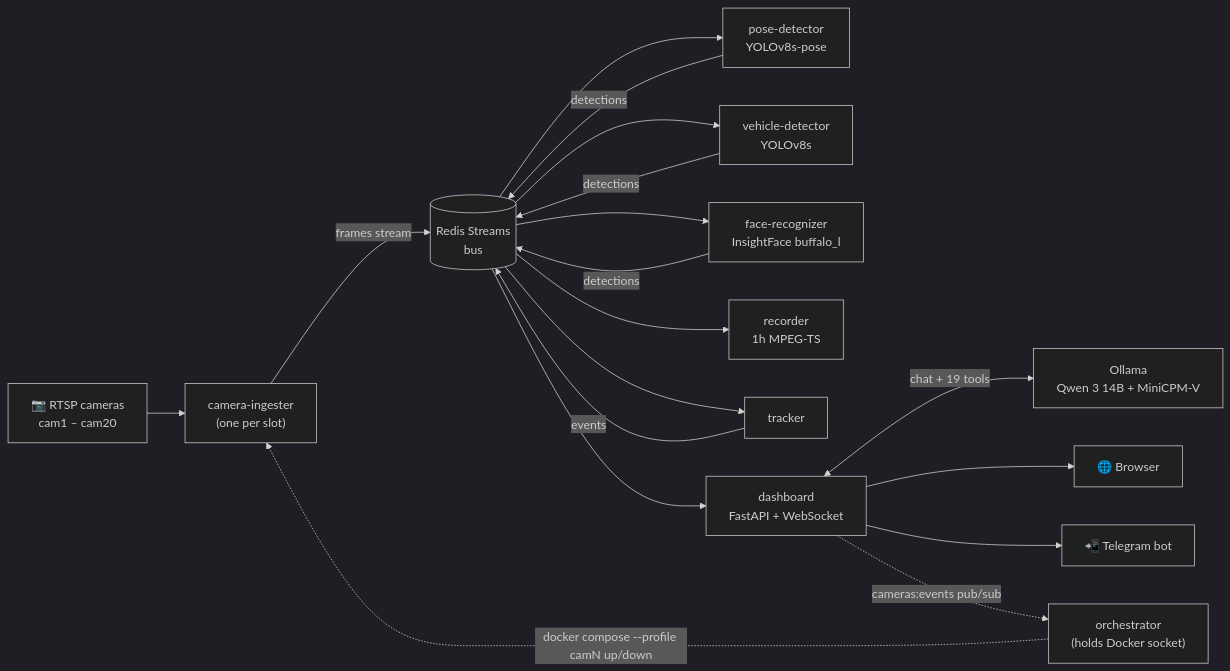
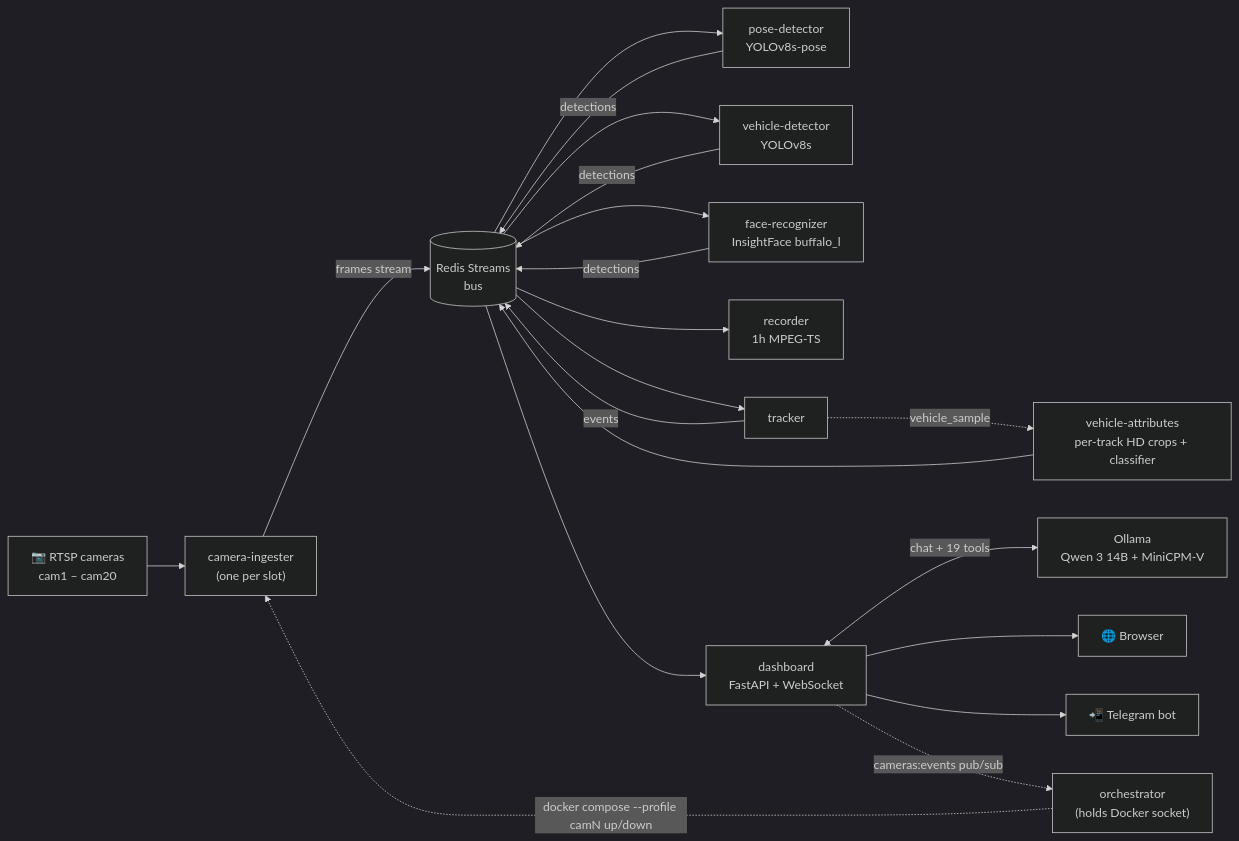
One commit to gammahazard/vision-labs-v2 changed the diagram in README.md. Above: the diagram before and after it, drawn with Mermaid (dark theme). The commit also changed other lines of this file and 3 other files, not shown here.

````diff
--- a/README.md
+++ b/README.md
@@ -79,20 +80,22 @@
 ```mermaid
 flowchart LR
     Cam["📷 RTSP cameras<br/>cam1 – cam20"] --> Ing["camera-ingester<br/>(one per slot)"]
     Ing -->|frames stream| R[(Redis Streams<br/>bus)]
     R --> Pose["pose-detector<br/>YOLOv8s-pose"]
     R --> Veh["vehicle-detector<br/>YOLOv8s"]
     R --> Face["face-recognizer<br/>InsightFace buffalo_l"]
     R --> Rec["recorder<br/>1h MPEG-TS"]
     Pose & Veh & Face -->|detections| R
     R --> Track[tracker]
     Track -->|events| R
+    Track -.vehicle_sample.-> VA["vehicle-attributes<br/>per-track HD crops + classifier"]
+    VA --> R
 
     R --> Dash["dashboard<br/>FastAPI + WebSocket"]
     Dash <-->|chat + 19 tools| Oll["Ollama<br/>Qwen 3 14B + MiniCPM-V"]
     Dash --> Web["🌐 Browser"]
     Dash --> Bot["📲 Telegram bot"]
 
     Dash -.cameras:events pub/sub.-> Orch["orchestrator<br/>(holds Docker socket)"]
     Orch -.docker compose --profile camN up/down.-> Ing
 ```
````
